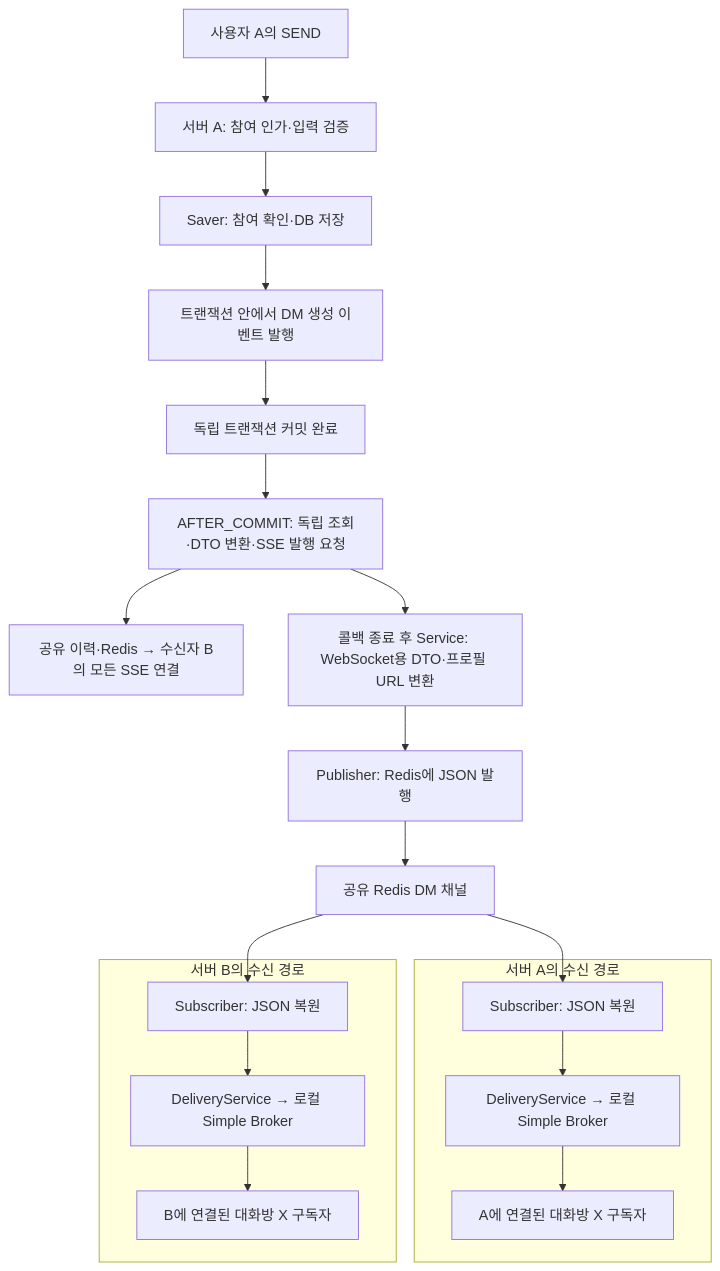
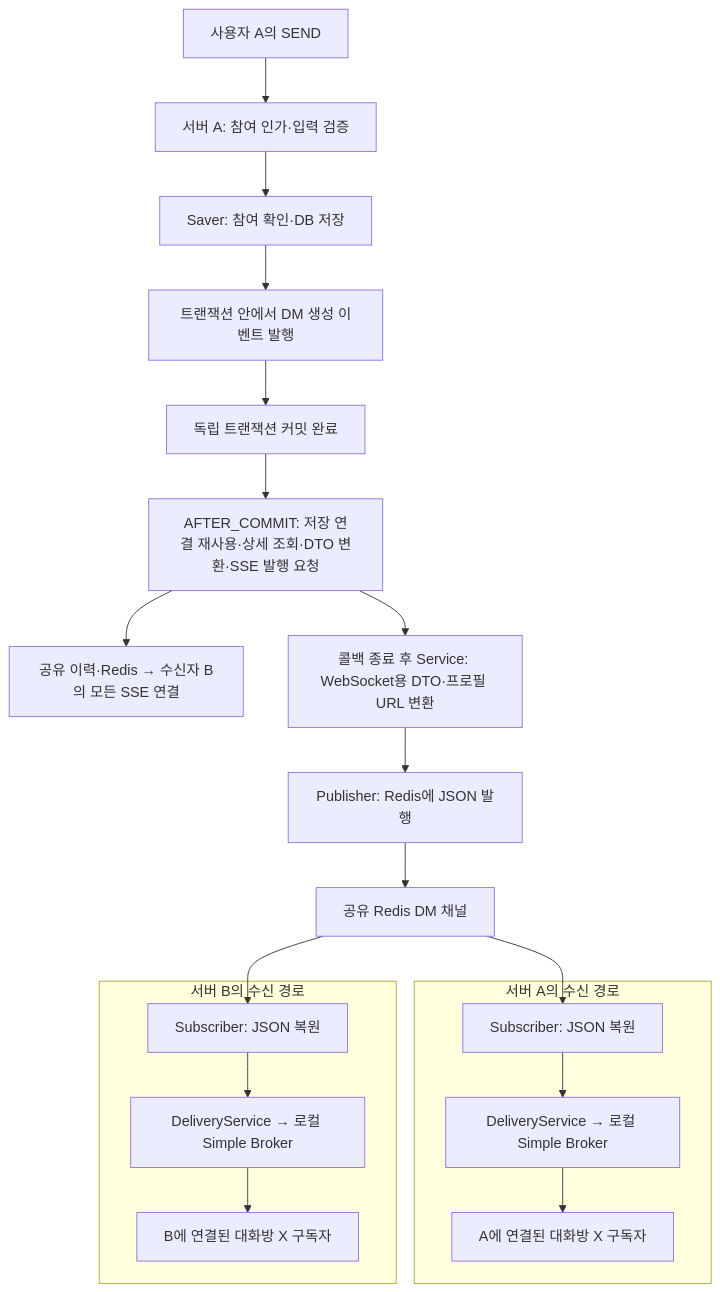
Before and after one commit to codeit-backend13-part4-team1/playlist_for_everyone: the second of 2 diagrams in docs/conversation/00-overall-flow.md, drawn with Mermaid. The commit also changed 9 other files, not shown here.

````diff
--- a/docs/conversation/00-overall-flow.md
+++ b/docs/conversation/00-overall-flow.md
@@ -26,24 +26,24 @@
 ```mermaid
 flowchart TD
     SEND["사용자 A의 SEND"] --> CHECK["서버 A: 참여 인가·입력 검증"]
     CHECK --> SAVE["Saver: 참여 확인·DB 저장"]
     SAVE --> EVENT["트랜잭션 안에서 DM 생성 이벤트 발행"]
     EVENT --> COMMIT["독립 트랜잭션 커밋 완료"]
-    COMMIT --> SSE["AFTER_COMMIT: 독립 조회·DTO 변환·SSE 발행 요청"]
+    COMMIT --> SSE["AFTER_COMMIT: 저장 연결 재사용·상세 조회·DTO 변환·SSE 발행 요청"]
     SSE --> RECEIVER["공유 이력·Redis → 수신자 B의 모든 SSE 연결"]
     SSE --> DTO["콜백 종료 후 Service: WebSocket용 DTO·프로필 URL 변환"]
     DTO --> PUB["Publisher: Redis에 JSON 발행"]
     PUB --> REDIS["공유 Redis DM 채널"]
 
     REDIS --> SA
     REDIS --> SB
 
     subgraph NODE_A["서버 A의 수신 경로"]
         SA["Subscriber: JSON 복원"] --> DA["DeliveryService → 로컬 Simple Broker"]
         DA --> UA["A에 연결된 대화방 X 구독자"]
     end
     subgraph NODE_B["서버 B의 수신 경로"]
         SB["Subscriber: JSON 복원"] --> DB["DeliveryService → 로컬 Simple Broker"]
         DB --> UB["B에 연결된 대화방 X 구독자"]
     end
 ```
````
